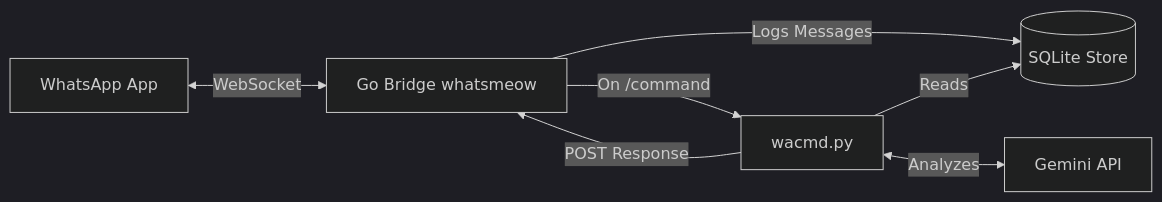
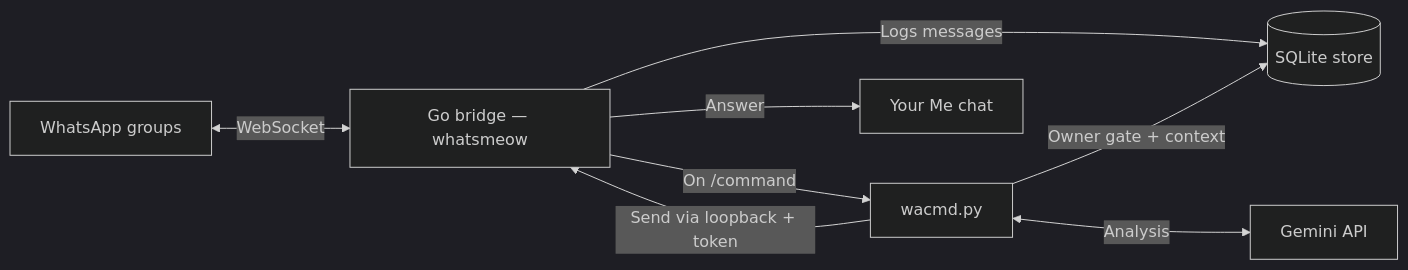
One commit to sameer-hoda/wa-slash-commands changed the diagram in README.md. Above: the diagram before and after it, drawn with Mermaid (dark theme). The commit also changed other lines of this file and 13 other files, not shown here.

````diff
--- a/README.md
+++ b/README.md
@@ -160,9 +160,10 @@
 ```mermaid
 graph LR
-    WA[WhatsApp App] <--> |WebSocket| Go[Go Bridge whatsmeow]
-    Go --> |Logs Messages| DB[(SQLite Store)]
+    WA[WhatsApp groups] <--> |WebSocket| Go[Go bridge — whatsmeow]
+    Go --> |Logs messages| DB[(SQLite store)]
     Go --> |On /command| Py[wacmd.py]
-    Py --> |Reads| DB
-    Py <--> |Analyzes| LLM[Gemini API]
-    Py --> |POST Response| Go
+    Py --> |Owner gate + context| DB
+    Py <--> |Analysis| LM[Gemini API]
+    Py --> |Send via loopback + token| Go
+    Go --> |Answer| Me[Your Me chat]
 ```
````
